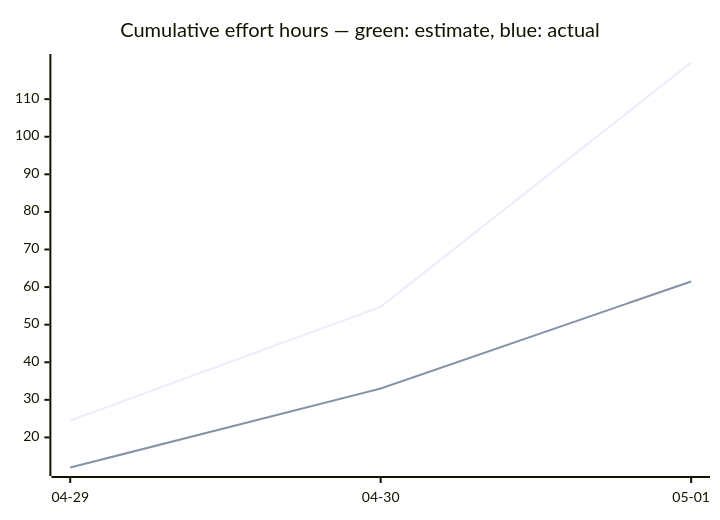
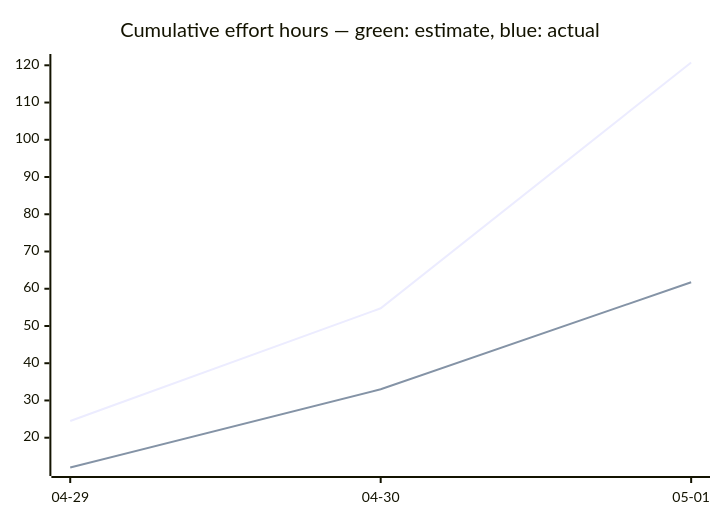
Before and after one commit to tgd1975/AwesomeStudioPedal: the third of 3 diagrams in docs/developers/tasks/OVERVIEW.md, drawn with Mermaid. The commit also changed other lines of this file and 4 other files, not shown here.

````diff
--- a/docs/developers/tasks/OVERVIEW.md
+++ b/docs/developers/tasks/OVERVIEW.md
@@ -40,7 +40,7 @@
 ```mermaid
 xychart-beta
     title "Cumulative effort hours — green: estimate, blue: actual"
     x-axis ["04-29", "04-30", "05-01"]
-    line [24.5, 54.75, 119.75]
-    line [12, 33, 61.5]
+    line [24.5, 54.75, 120.75]
+    line [12, 33, 61.75]
 ```
````
